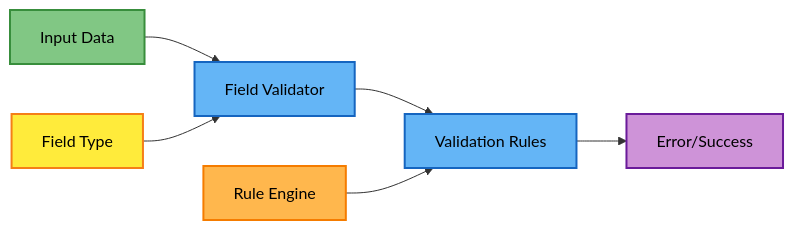
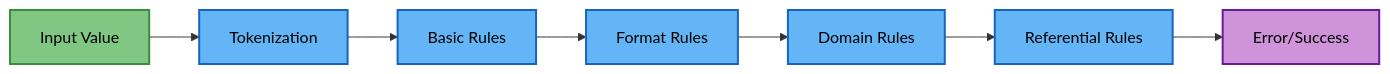
The second of 5 diagrams in docs/consolidated/theoretical-approach.md (xafron-bv/data-quality-monitoring), drawn with Mermaid before and after one commit. The commit also changed other lines of this file and 7 other files, not shown here.

````diff
--- a/docs/consolidated/theoretical-approach.md
+++ b/docs/consolidated/theoretical-approach.md
@@ -52,15 +51,13 @@
 ```mermaid
 flowchart LR
-    ID[Input Data]:::input --> FV[Field Validator]:::process
-    FV --> VR[Validation Rules]:::process
-    VR --> ES[Error/Success]:::output
-    
-    FT[Field Type]:::config --> FV
-    RE[Rule Engine]:::engine --> VR
+    ID[Input Value]:::input --> TV[Tokenization]:::process
+    TV --> BR[Basic Rules]:::process
+    BR --> FR[Format Rules]:::process
+    FR --> DR[Domain Rules]:::process
+    DR --> RR[Referential Rules]:::process
+    RR --> ES[Error/Success]:::output
     
     classDef input fill:#81c784,stroke:#388e3c,stroke-width:2px,color:#000
     classDef process fill:#64b5f6,stroke:#1565c0,stroke-width:2px,color:#000
     classDef output fill:#ce93d8,stroke:#6a1b9a,stroke-width:2px,color:#000
-    classDef config fill:#ffeb3b,stroke:#f57f17,stroke-width:2px,color:#000
-    classDef engine fill:#ffb74d,stroke:#f57c00,stroke-width:2px,color:#000
 ```
````
